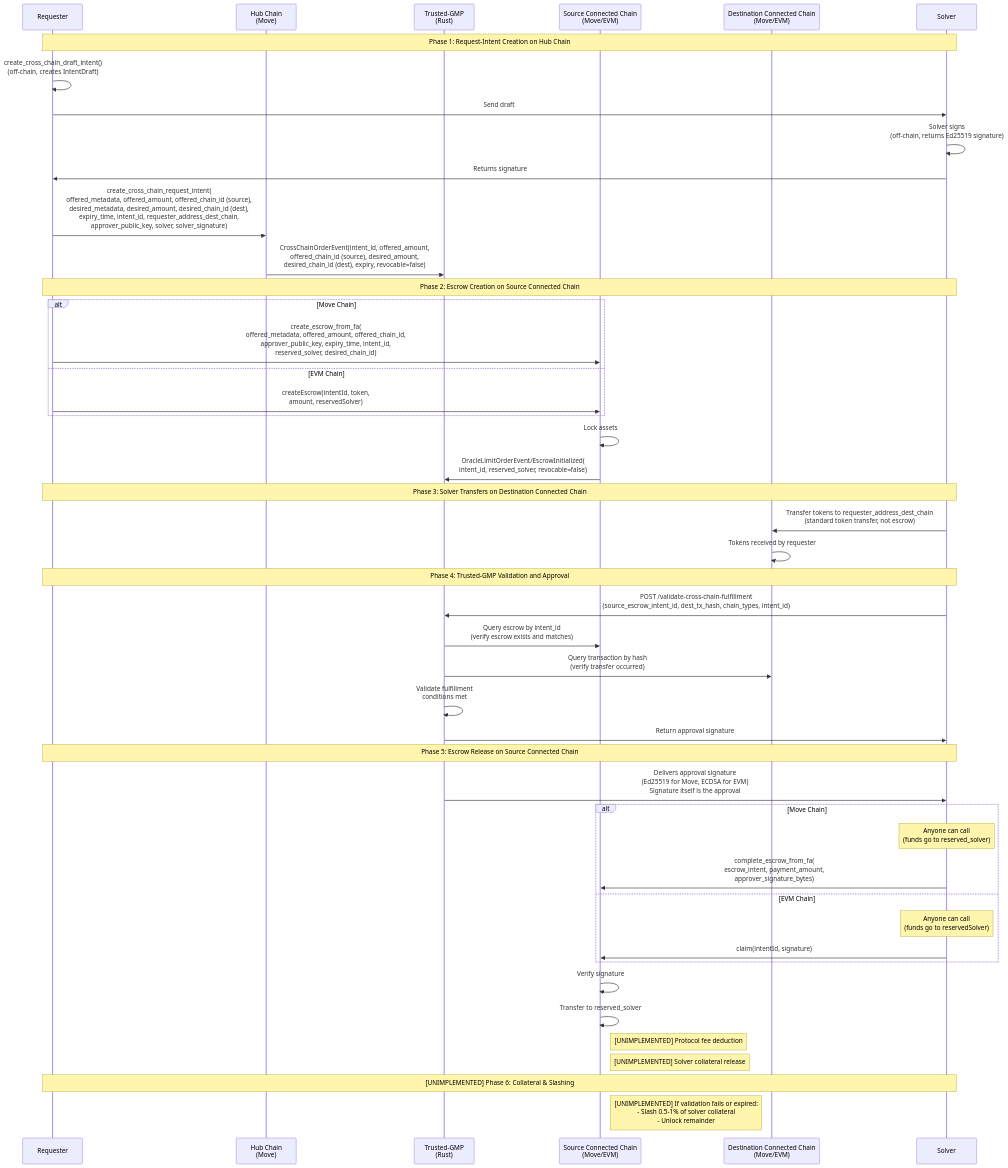
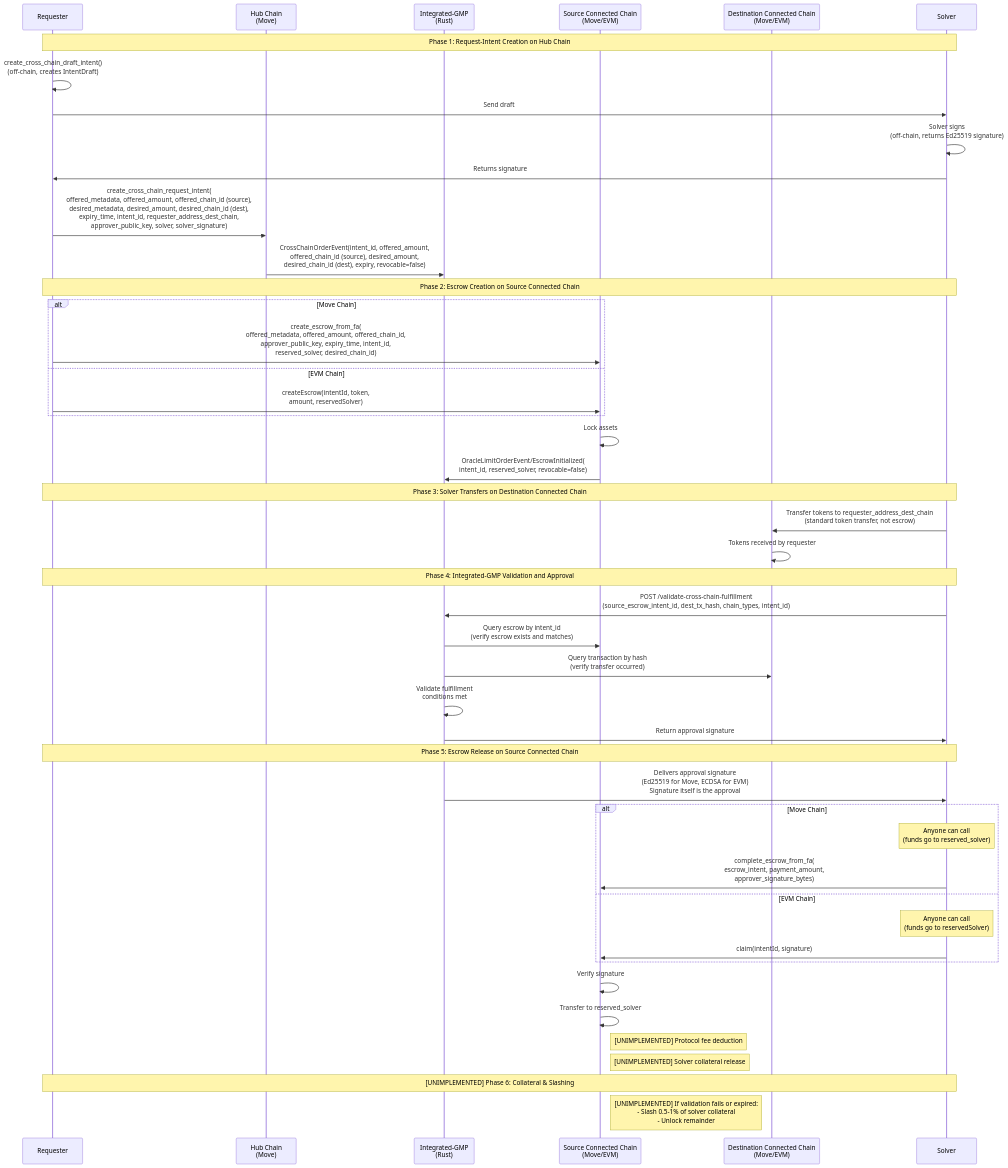
Before and after one commit to MoveIndustries/int3nts: the diagram in docs/architecture/conception/architecture-diff.md, drawn with Mermaid. The commit also changed other lines of this file and 242 other files, not shown here.

Commit message:
refact: rename native/trusted gmp to integrated

````diff
--- a/docs/architecture/conception/architecture-diff.md
+++ b/docs/architecture/conception/architecture-diff.md
@@ -89,54 +89,54 @@
 ```mermaid
 sequenceDiagram
     participant Requester
     participant Hub as Hub Chain<br/>(Move)
-    participant TrustedGMP as Trusted-GMP<br/>(Rust)
+    participant TrustedGMP as Integrated-GMP<br/>(Rust)
     participant Source as Source Connected Chain<br/>(Move/EVM)
     participant Dest as Destination Connected Chain<br/>(Move/EVM)
     participant Solver
 
     Note over Requester,Solver: Phase 1: Request-Intent Creation on Hub Chain
     Requester->>Requester: create_cross_chain_draft_intent()<br/>(off-chain, creates IntentDraft)
     Requester->>Solver: Send draft
     Solver->>Solver: Solver signs<br/>(off-chain, returns Ed25519 signature)
     Solver->>Requester: Returns signature
     Requester->>Hub: create_cross_chain_request_intent(<br/>offered_metadata, offered_amount, offered_chain_id (source),<br/>desired_metadata, desired_amount, desired_chain_id (dest),<br/>expiry_time, intent_id, requester_address_dest_chain,<br/>approver_public_key, solver, solver_signature)
     Hub->>TrustedGMP: CrossChainOrderEvent(intent_id, offered_amount,<br/>offered_chain_id (source), desired_amount,<br/>desired_chain_id (dest), expiry, revocable=false)
 
     Note over Requester,Solver: Phase 2: Escrow Creation on Source Connected Chain
     alt Move Chain
         Requester->>Source: create_escrow_from_fa(<br/>offered_metadata, offered_amount, offered_chain_id,<br/>approver_public_key, expiry_time, intent_id,<br/>reserved_solver, desired_chain_id)
     else EVM Chain
         Requester->>Source: createEscrow(intentId, token,<br/>amount, reservedSolver)
     end
     Source->>Source: Lock assets
     Source->>TrustedGMP: OracleLimitOrderEvent/EscrowInitialized(<br/>intent_id, reserved_solver, revocable=false)
 
     Note over Requester,Solver: Phase 3: Solver Transfers on Destination Connected Chain
     Solver->>Dest: Transfer tokens to requester_address_dest_chain<br/>(standard token transfer, not escrow)
     Dest->>Dest: Tokens received by requester
 
-    Note over Requester,Solver: Phase 4: Trusted-GMP Validation and Approval
+    Note over Requester,Solver: Phase 4: Integrated-GMP Validation and Approval
     Solver->>TrustedGMP: POST /validate-cross-chain-fulfillment<br/>(source_escrow_intent_id, dest_tx_hash, chain_types, intent_id)
     TrustedGMP->>Source: Query escrow by intent_id<br/>(verify escrow exists and matches)
     TrustedGMP->>Dest: Query transaction by hash<br/>(verify transfer occurred)
     TrustedGMP->>TrustedGMP: Validate fulfillment<br/>conditions met
     TrustedGMP->>Solver: Return approval signature
 
     Note over Requester,Solver: Phase 5: Escrow Release on Source Connected Chain
     TrustedGMP->>Solver: Delivers approval signature<br/>(Ed25519 for Move, ECDSA for EVM)<br/>Signature itself is the approval
     alt Move Chain
         Note over Solver: Anyone can call<br/>(funds go to reserved_solver)
         Solver->>Source: complete_escrow_from_fa(<br/>escrow_intent, payment_amount,<br/>approver_signature_bytes)
     else EVM Chain
         Note over Solver: Anyone can call<br/>(funds go to reservedSolver)
         Solver->>Source: claim(intentId, signature)
     end
     Source->>Source: Verify signature
     Source->>Source: Transfer to reserved_solver
     Note right of Source: [UNIMPLEMENTED] Protocol fee deduction
     Note right of Source: [UNIMPLEMENTED] Solver collateral release
 
     Note over Requester,Solver: [UNIMPLEMENTED] Phase 6: Collateral & Slashing
     Note right of Source: [UNIMPLEMENTED] If validation fails or expired:<br/>- Slash 0.5-1% of solver collateral<br/>- Unlock remainder
 ```
````
